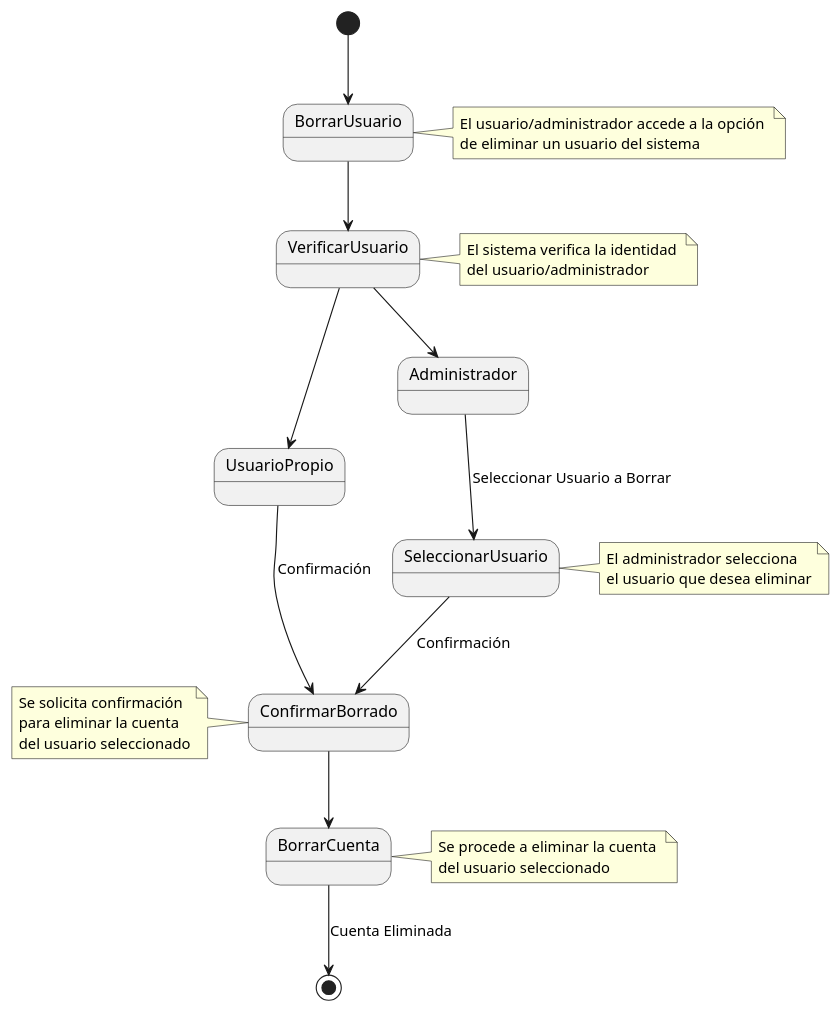
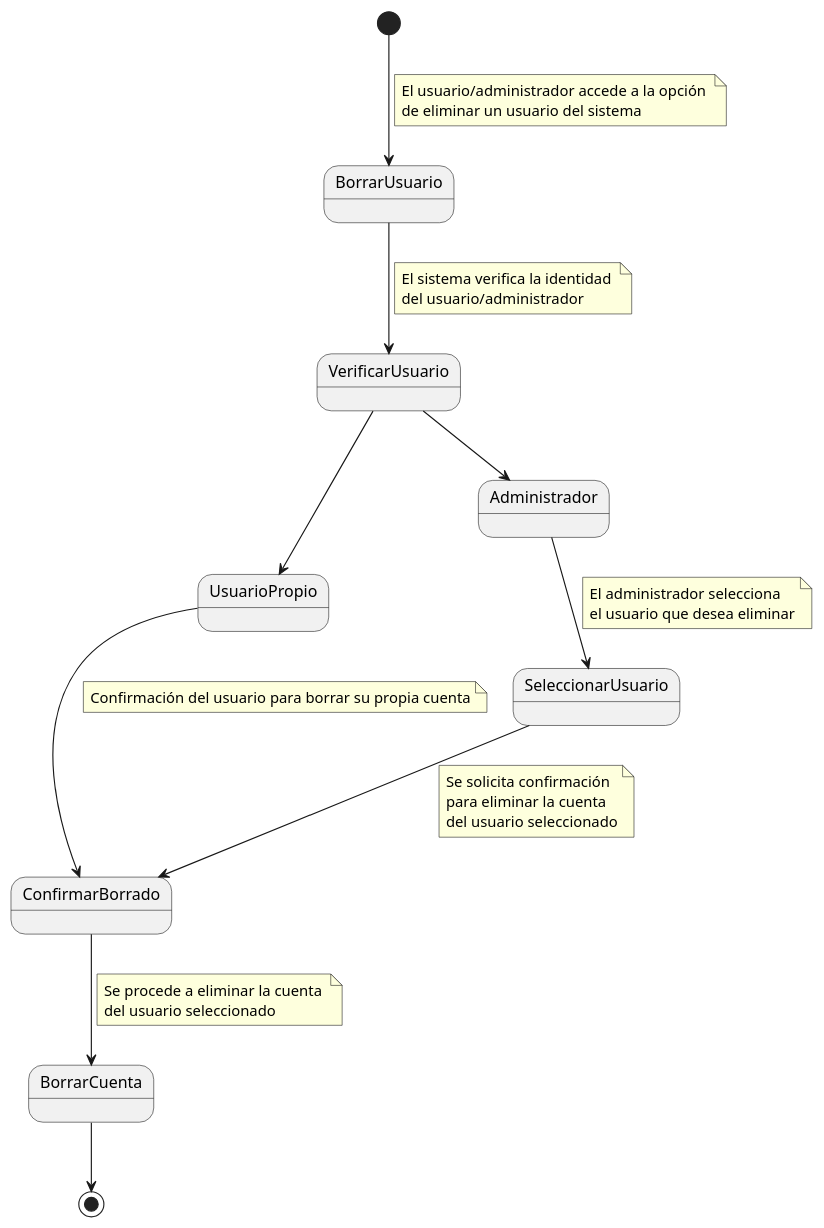
Before and after one commit to pablarce/23-24-IdSw1-SDR: the diagram in CasosDeUso/CduDetallados/CduUsuarios/BorrarUsuario.puml, drawn with PlantUML. The commit also changed 11 other files, not shown here.

```diff
--- a/CasosDeUso/CduDetallados/CduUsuarios/BorrarUsuario.puml
+++ b/CasosDeUso/CduDetallados/CduUsuarios/BorrarUsuario.puml
@@ -1,43 +1,44 @@
 @startuml
 
 [*] --> BorrarUsuario
-note right of BorrarUsuario
+note right on link
  El usuario/administrador accede a la opción 
  de eliminar un usuario del sistema
 end note
 
 BorrarUsuario --> VerificarUsuario
-note right of VerificarUsuario
+note right on link
  El sistema verifica la identidad 
  del usuario/administrador
 end note
 
-
 VerificarUsuario --> UsuarioPropio
 VerificarUsuario --> Administrador
 
-UsuarioPropio --> ConfirmarBorrado : Confirmación
+UsuarioPropio --> ConfirmarBorrado 
+note right on link
+ Confirmación del usuario para borrar su propia cuenta
+end note
 
-
-Administrador --> SeleccionarUsuario : Seleccionar Usuario a Borrar
-note right of SeleccionarUsuario
+Administrador --> SeleccionarUsuario 
+note right on link
  El administrador selecciona 
  el usuario que desea eliminar
 end note
 
-SeleccionarUsuario --> ConfirmarBorrado : Confirmación
-note left of ConfirmarBorrado
+SeleccionarUsuario --> ConfirmarBorrado
+note right on link
  Se solicita confirmación 
  para eliminar la cuenta 
  del usuario seleccionado
 end note
 
 ConfirmarBorrado --> BorrarCuenta
-note right of BorrarCuenta
+note right on link
  Se procede a eliminar la cuenta 
  del usuario seleccionado
 end note
 
-BorrarCuenta --> [*] : Cuenta Eliminada
+BorrarCuenta --> [*] 
 
 @enduml
```
